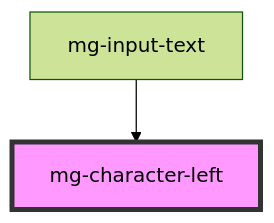
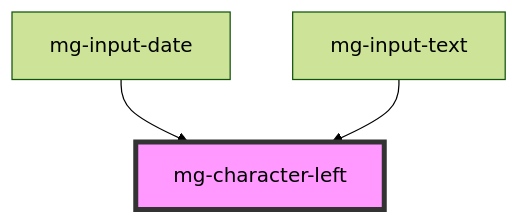
One commit to MGDIS/mg-components changed the diagram in src/components/mg-character-left/readme.md. Above: the diagram before and after it, drawn with Mermaid (forest theme). The commit also changed other lines of this file and 34 other files, not shown here.

First line of the commit message:
feat(mg-input-date): add new structure for input components

````diff
--- a/src/components/mg-character-left/readme.md
+++ b/src/components/mg-character-left/readme.md
@@ -25,5 +26,6 @@
 ```mermaid
 graph TD;
+  mg-input-date --> mg-character-left
   mg-input-text --> mg-character-left
   style mg-character-left fill:#f9f,stroke:#333,stroke-width:4px
 ```
````
